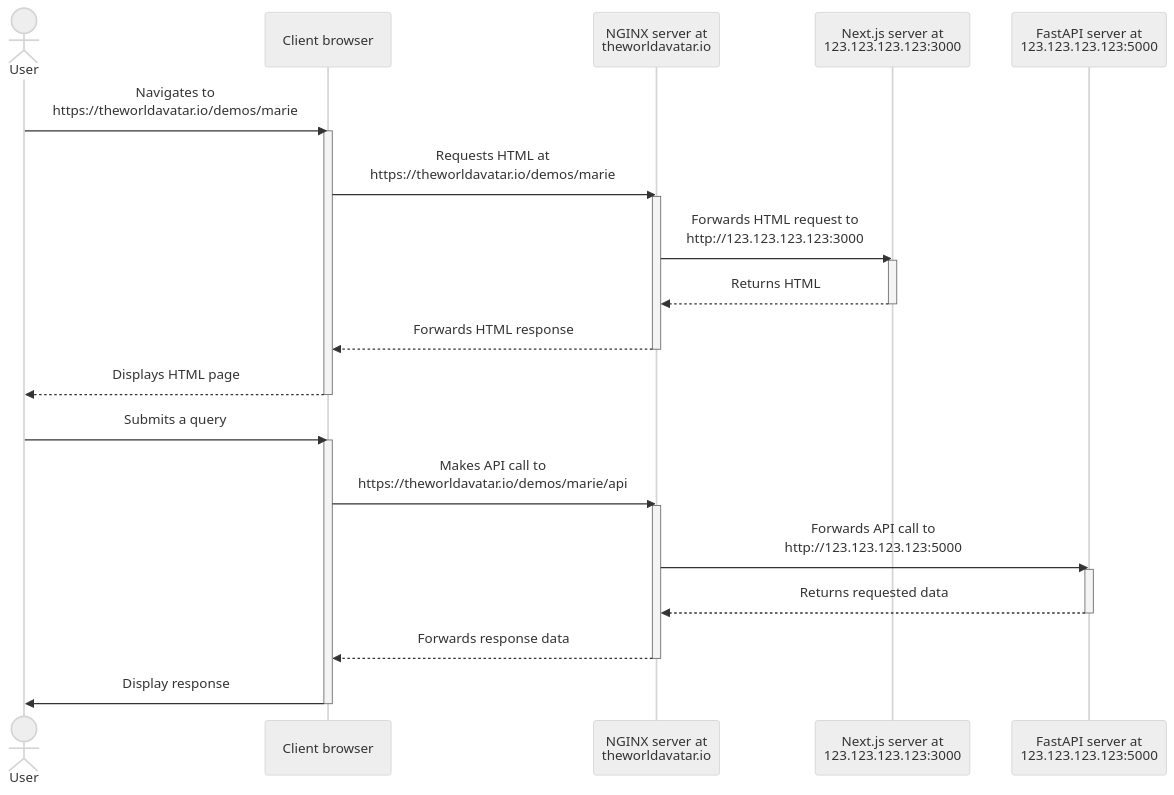
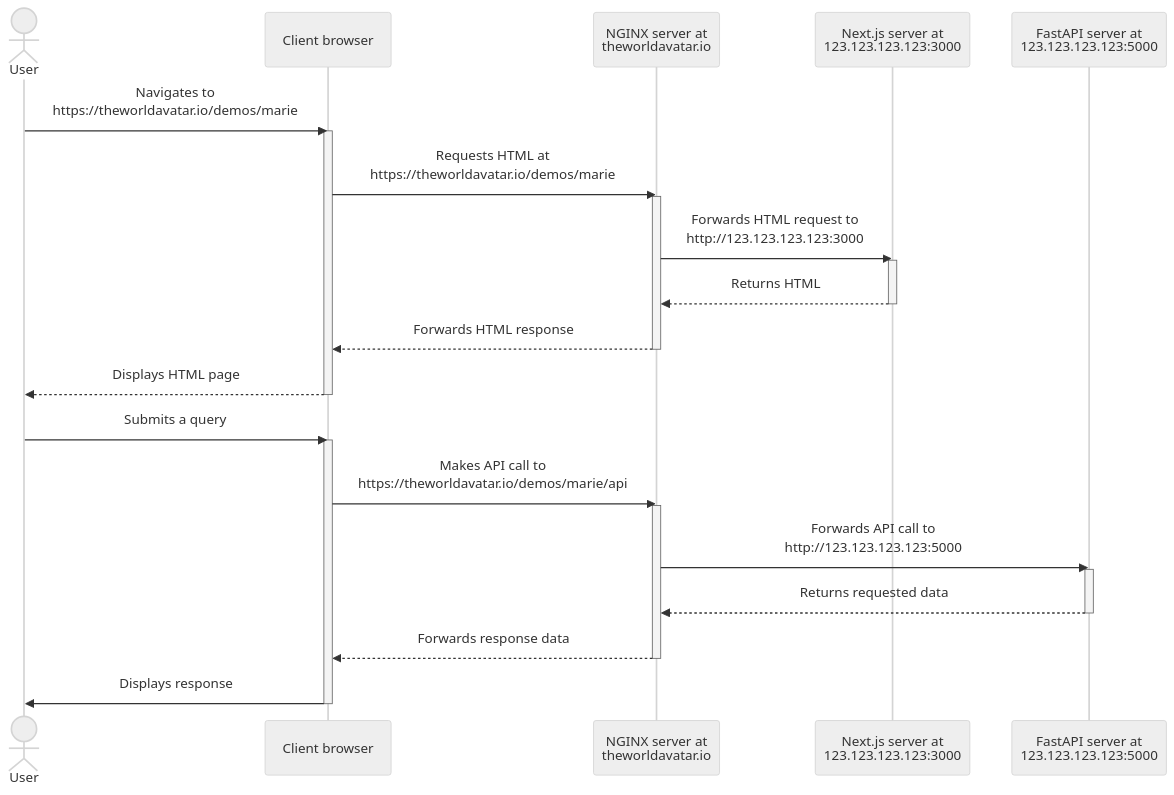
The second of 2 diagrams in QuestionAnswering/QA_ICL/README.md (cambridge-cares/TheWorldAvatar), drawn with Mermaid (neutral theme) before and after one commit.

Commit message:
dev-qa-doc: Fix typo in sequence diagram in root README

````diff
--- a/QuestionAnswering/QA_ICL/README.md
+++ b/QuestionAnswering/QA_ICL/README.md
@@ -103,34 +103,34 @@
 ```mermaid
 sequenceDiagram
   actor user as User
   participant browser as Client browser
   participant nginx as NGINX server at<br/>theworldavatar.io
   participant next as Next.js server at<br/>123.123.123.123:3000
   participant fastapi as FastAPI server at<br/>123.123.123.123:5000
 
   user->>browser: Navigates to<br/>https://theworldavatar.io/demos/marie
   activate browser
   browser->>nginx: Requests HTML at<br/>https://theworldavatar.io/demos/marie
   activate nginx
   nginx->>next: Forwards HTML request to<br/>http://123.123.123.123:3000
   activate next
   next-->>nginx: Returns HTML
   deactivate next
   nginx-->>browser: Forwards HTML response
   deactivate nginx
   browser-->>user: Displays HTML page
   deactivate browser
 
   user->>browser: Submits a query
   activate browser
   browser->>nginx: Makes API call to<br/>https://theworldavatar.io/demos/marie/api
   activate nginx
   nginx->>fastapi: Forwards API call to<br/>http://123.123.123.123:5000
   activate fastapi
   fastapi-->>nginx: Returns requested data
   deactivate fastapi
   nginx-->>browser: Forwards response data
   deactivate nginx
-  browser->>user: Display response
+  browser->>user: Displays response
   deactivate browser
 ```
````
